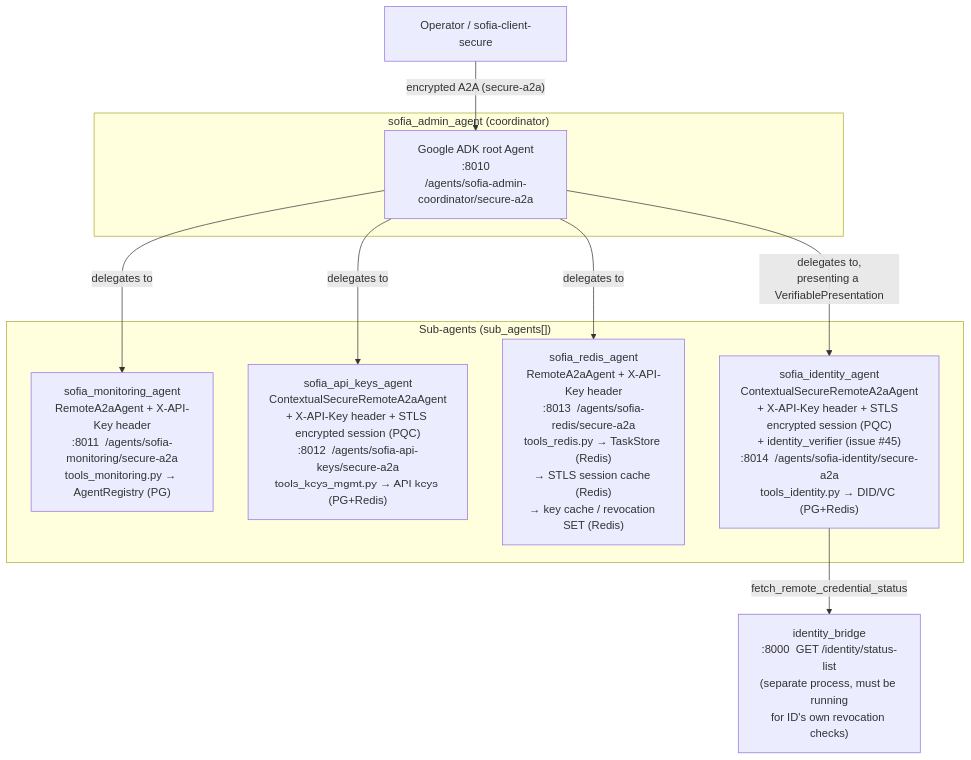
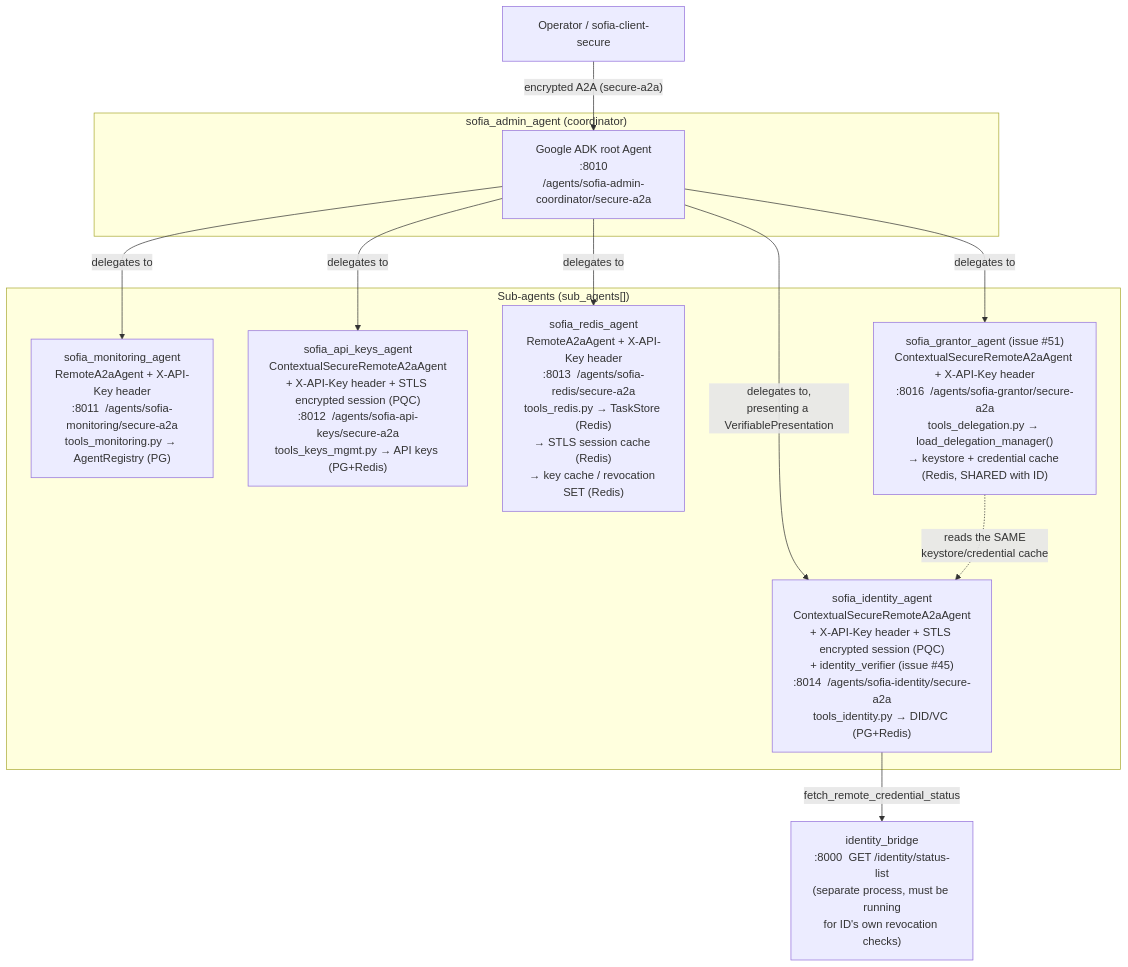
One commit to sparkle-stls-ai/stls-ai changed the diagram in samples/server/sofia-admin/README.md. Above: the diagram before and after it, drawn with Mermaid. The commit also changed other lines of this file and 21 other files, not shown here.

````diff
--- a/samples/server/sofia-admin/README.md
+++ b/samples/server/sofia-admin/README.md
@@ -50,24 +56,27 @@
 ```mermaid
 flowchart TB
     OP["Operator / sofia-client-secure"]
 
     subgraph Coordinator["sofia_admin_agent (coordinator)"]
         CO["Google ADK root Agent\n:8010\n/agents/sofia-admin-coordinator/secure-a2a"]
     end
 
     subgraph SubAgents["Sub-agents (sub_agents[])"]
         MON["sofia_monitoring_agent\nRemoteA2aAgent + X-API-Key header\n:8011  /agents/sofia-monitoring/secure-a2a\ntools_monitoring.py → AgentRegistry (PG)"]
         KEYS["sofia_api_keys_agent\nContextualSecureRemoteA2aAgent\n+ X-API-Key header + STLS encrypted session (PQC)\n:8012  /agents/sofia-api-keys/secure-a2a\ntools_keys_mgmt.py → API keys (PG+Redis)"]
         RED["sofia_redis_agent\nRemoteA2aAgent + X-API-Key header\n:8013  /agents/sofia-redis/secure-a2a\ntools_redis.py → TaskStore (Redis)\n→ STLS session cache (Redis)\n→ key cache / revocation SET (Redis)"]
         ID["sofia_identity_agent\nContextualSecureRemoteA2aAgent\n+ X-API-Key header + STLS encrypted session (PQC)\n+ identity_verifier (issue #45)\n:8014  /agents/sofia-identity/secure-a2a\ntools_identity.py → DID/VC (PG+Redis)"]
+        GRANT["sofia_grantor_agent (issue #51)\nContextualSecureRemoteA2aAgent + X-API-Key header\n:8016  /agents/sofia-grantor/secure-a2a\ntools_delegation.py → load_delegation_manager()\n→ keystore + credential cache (Redis, SHARED with ID)"]
     end
 
     BRIDGE["identity_bridge\n:8000  GET /identity/status-list\n(separate process, must be running\nfor ID's own revocation checks)"]
 
     OP -->|"encrypted A2A (secure-a2a)"| CO
     CO -->|"delegates to"| MON
     CO -->|"delegates to"| KEYS
     CO -->|"delegates to"| RED
     CO -->|"delegates to,\npresenting a VerifiablePresentation"| ID
+    CO -->|"delegates to"| GRANT
     ID -->|"fetch_remote_credential_status"| BRIDGE
+    GRANT -.->|"reads the SAME\nkeystore/credential cache"| ID
 ```
````
